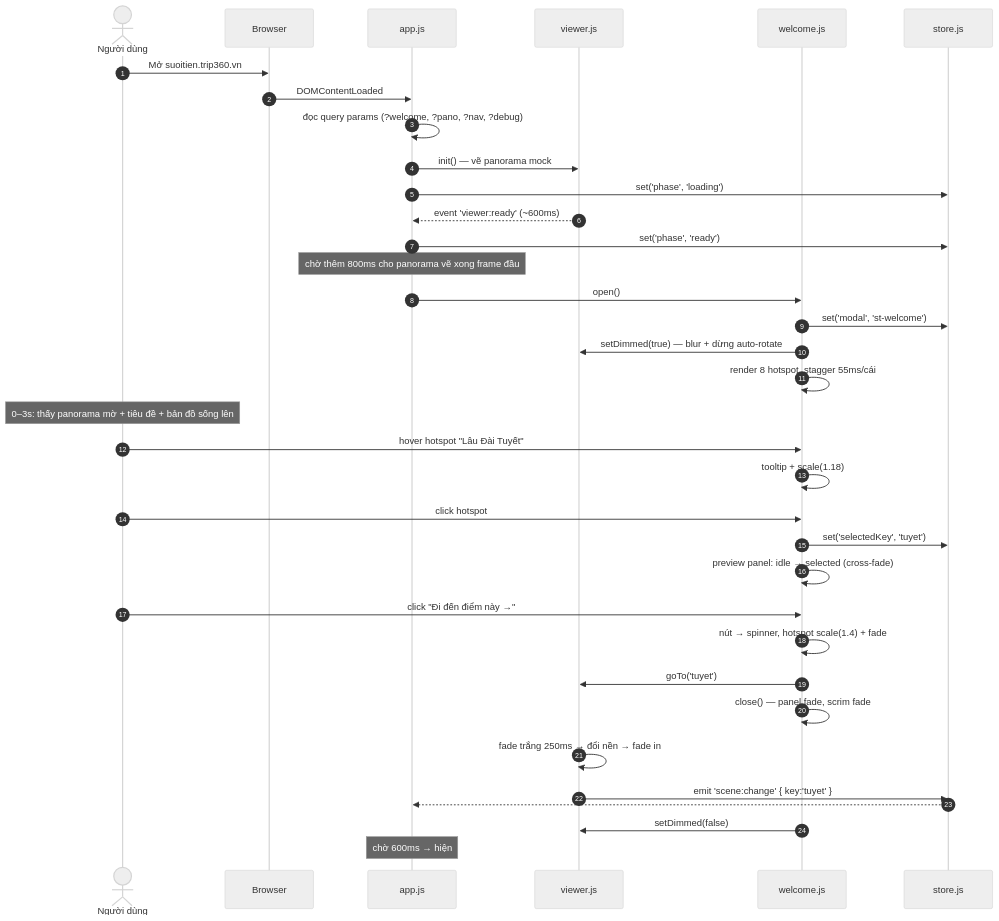
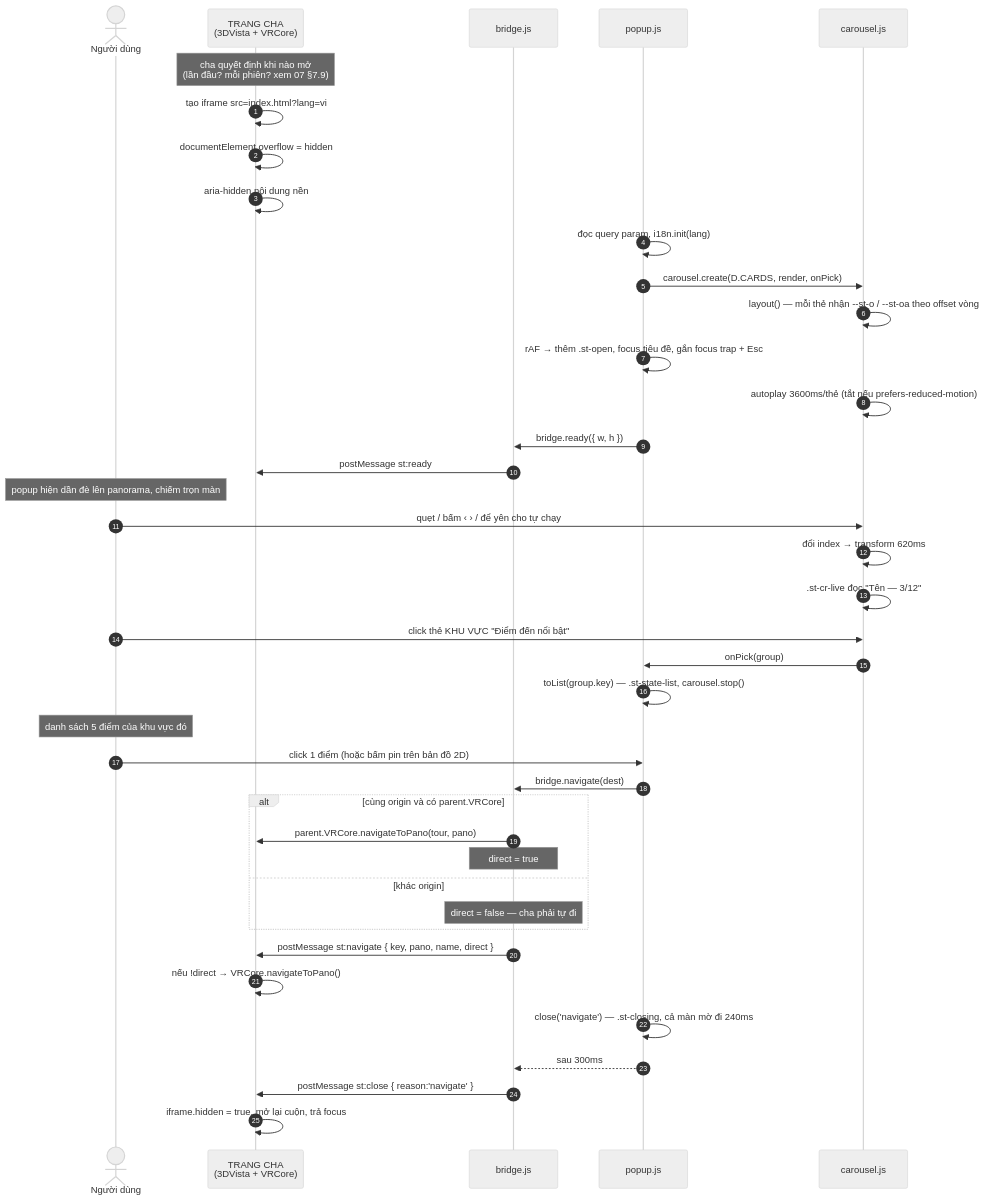
One commit to Tmy-andy/suoitien-redesign changed the first of 2 diagrams in docs/05-flows.md. Above: the diagram before and after it, drawn with Mermaid (neutral theme). The commit also changed other lines of this file and 72 other files, not shown here.

````diff
--- a/docs/05-flows.md
+++ b/docs/05-flows.md
@@ -9,39 +10,48 @@
 ```mermaid
 sequenceDiagram
     autonumber
     actor U as Người dùng
-    participant B as Browser
-    participant App as app.js
-    participant V as viewer.js
-    participant W as welcome.js
-    participant S as store.js
+    participant H as TRANG CHA<br/>(3DVista + VRCore)
+    participant B as bridge.js
+    participant P as popup.js
+    participant C as carousel.js
 
-    U->>B: Mở suoitien.trip360.vn
-    B->>App: DOMContentLoaded
-    App->>App: đọc query params (?welcome, ?pano, ?nav, ?debug)
-    App->>V: init() — vẽ panorama mock
-    App->>S: set('phase', 'loading')
-    V-->>App: event 'viewer:ready' (~600ms)
-    App->>S: set('phase', 'ready')
-    Note over App: chờ thêm 800ms cho panorama vẽ xong frame đầu
-    App->>W: open()
-    W->>S: set('modal', 'st-welcome')
-    W->>V: setDimmed(true) — blur + dừng auto-rotate
-    W->>W: render 8 hotspot, stagger 55ms/cái
-    Note over U: 0–3s: thấy panorama mờ + tiêu đề + bản đồ sống lên
+    Note over H: cha quyết định khi nào mở<br/>(lần đầu? mỗi phiên? xem 07 §7.9)
+    H->>H: tạo iframe src=index.html?lang=vi
+    H->>H: documentElement.overflow = hidden
+    H->>H: aria-hidden nội dung nền
 
-    U->>W: hover hotspot "Lâu Đài Tuyết"
-    W->>W: tooltip + scale(1.18)
-    U->>W: click hotspot
-    W->>S: set('selectedKey', 'tuyet')
-    W->>W: preview panel: idle → selected (cross-fade)
-    U->>W: click "Đi đến điểm này →"
-    W->>W: nút → spinner, hotspot scale(1.4) + fade
-    W->>V: goTo('tuyet')
-    W->>W: close() — panel fade, scrim fade
-    V->>V: fade trắng 250ms → đổi nền → fade in
-    V->>S: emit 'scene:change' { key:'tuyet' }
-    S-->>App: #st-scene-label cập nhật "Lâu Đài Tuyết · 4/158"
-    W->>V: setDimmed(false)
-    Note over App: chờ 600ms → hiện #st-hint "Kéo để xem 360°"
+    P->>P: đọc query param, i18n.init(lang)
+    P->>C: carousel.create(D.CARDS, render, onPick)
+    C->>C: layout() — mỗi thẻ nhận --st-o / --st-oa theo offset vòng
+    P->>P: rAF → thêm .st-open, focus tiêu đề, gắn focus trap + Esc
+    C->>C: autoplay 3600ms/thẻ (tắt nếu prefers-reduced-motion)
+    P->>B: bridge.ready({ w, h })
+    B->>H: postMessage st:ready
+    Note over U: popup hiện dần đè lên panorama, chiếm trọn màn
+
+    U->>C: quẹt / bấm ‹ › / để yên cho tự chạy
+    C->>C: đổi index → transform 620ms
+    C->>C: .st-cr-live đọc "Tên — 3/12"
+
+    U->>C: click thẻ KHU VỰC "Điểm đến nổi bật"
+    C->>P: onPick(group)
+    P->>P: toList(group.key) — .st-state-list, carousel.stop()
+    Note over U: danh sách 5 điểm của khu vực đó
+    U->>P: click 1 điểm (hoặc bấm pin trên bản đồ 2D)
+    P->>B: bridge.navigate(dest)
+
+    alt cùng origin và có parent.VRCore
+        B->>H: parent.VRCore.navigateToPano(tour, pano)
+        Note over B: direct = true
+    else khác origin
+        Note over B: direct = false — cha phải tự đi
+    end
+    B->>H: postMessage st:navigate { key, pano, name, direct }
+    H->>H: nếu !direct → VRCore.navigateToPano()
+
+    P->>P: close('navigate') — .st-closing, cả màn mờ đi 240ms
+    P-->>B: sau 300ms
+    B->>H: postMessage st:close { reason:'navigate' }
+    H->>H: iframe.hidden = true, mở lại cuộn, trả focus
 ```
````
